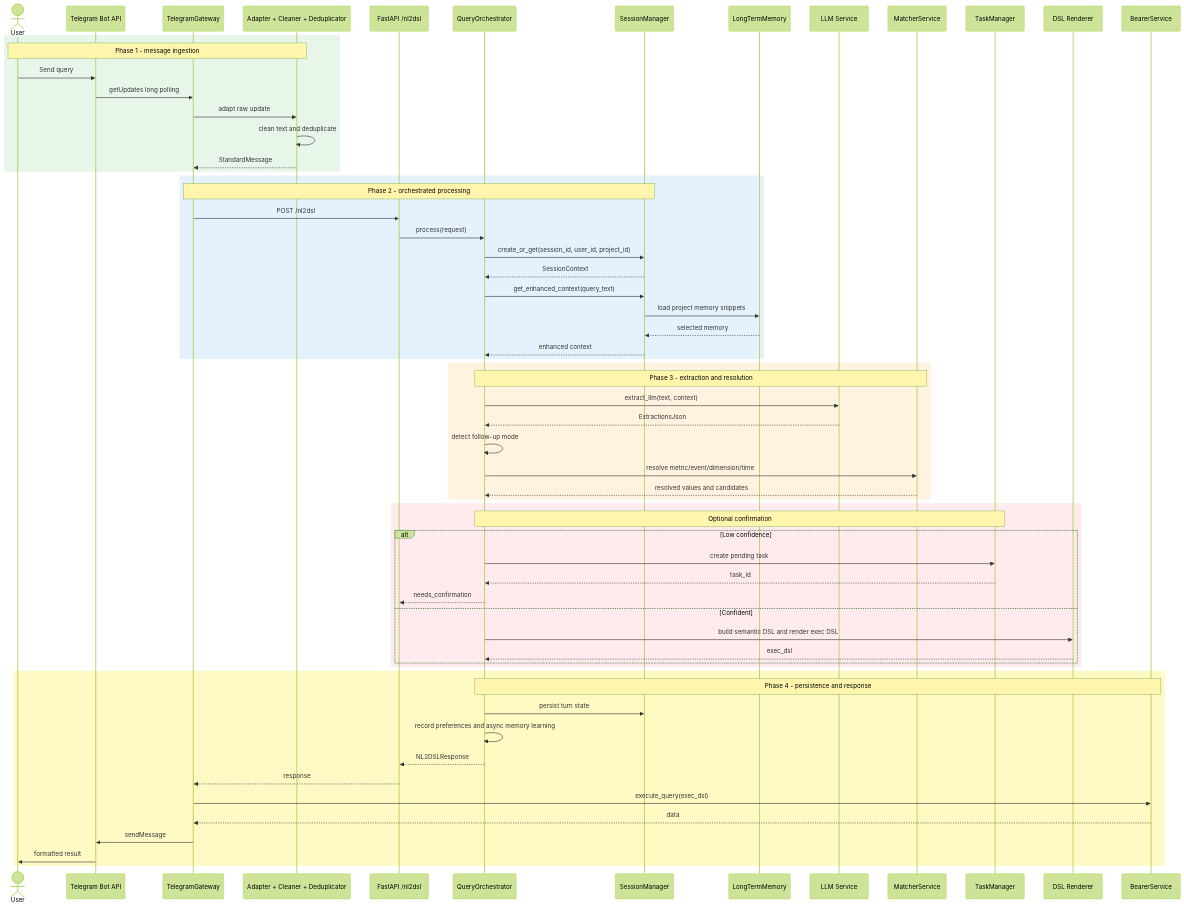
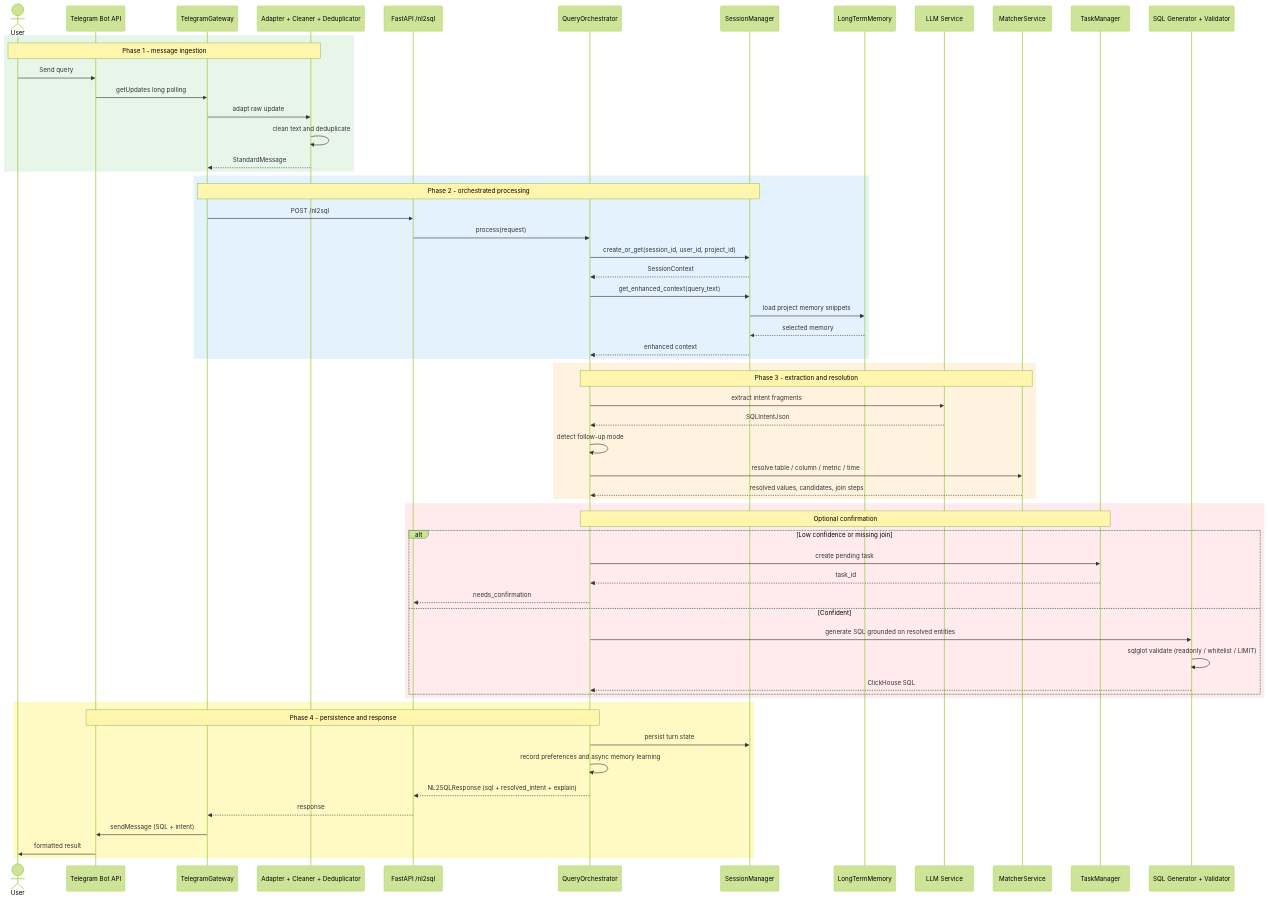
Before and after one commit to frankzh0330/query-agent: the diagram in docs/diagrams/sequence.md, drawn with Mermaid (forest theme). The commit also changed 82 other files, not shown here.

````diff
--- a/docs/diagrams/sequence.md
+++ b/docs/diagrams/sequence.md
@@ -3,70 +3,68 @@
 ```mermaid
 sequenceDiagram
     actor User
     participant TgAPI as Telegram Bot API
     participant TGGw as TelegramGateway
     participant Ingress as Adapter + Cleaner + Deduplicator
-    participant API as FastAPI /nl2dsl
+    participant API as FastAPI /nl2sql
     participant ORC as QueryOrchestrator
     participant Session as SessionManager
     participant Memory as LongTermMemory
     participant LLM as LLM Service
     participant Matcher as MatcherService
     participant Task as TaskManager
-    participant DSL as DSL Renderer
-    participant Bearer as BearerService
+    participant SQLGen as SQL Generator + Validator
 
     rect rgb(232, 245, 233)
     Note over User,Ingress: Phase 1 - message ingestion
     User->>TgAPI: Send query
     TgAPI->>TGGw: getUpdates long polling
     TGGw->>Ingress: adapt raw update
     Ingress->>Ingress: clean text and deduplicate
     Ingress-->>TGGw: StandardMessage
     end
 
     rect rgb(227, 242, 253)
     Note over TGGw,Session: Phase 2 - orchestrated processing
-    TGGw->>API: POST /nl2dsl
+    TGGw->>API: POST /nl2sql
     API->>ORC: process(request)
     ORC->>Session: create_or_get(session_id, user_id, project_id)
     Session-->>ORC: SessionContext
     ORC->>Session: get_enhanced_context(query_text)
     Session->>Memory: load project memory snippets
     Memory-->>Session: selected memory
     Session-->>ORC: enhanced context
     end
 
     rect rgb(255, 243, 224)
     Note over ORC,Matcher: Phase 3 - extraction and resolution
-    ORC->>LLM: extract_llm(text, context)
-    LLM-->>ORC: ExtractionsJson
+    ORC->>LLM: extract intent fragments
+    LLM-->>ORC: SQLIntentJson
     ORC->>ORC: detect follow-up mode
-    ORC->>Matcher: resolve metric/event/dimension/time
-    Matcher-->>ORC: resolved values and candidates
+    ORC->>Matcher: resolve table / column / metric / time
+    Matcher-->>ORC: resolved values, candidates, join steps
     end
 
     rect rgb(255, 235, 238)
     Note over ORC,Task: Optional confirmation
-    alt Low confidence
+    alt Low confidence or missing join
         ORC->>Task: create pending task
         Task-->>ORC: task_id
         ORC-->>API: needs_confirmation
     else Confident
-        ORC->>DSL: build semantic DSL and render exec DSL
-        DSL-->>ORC: exec_dsl
+        ORC->>SQLGen: generate SQL grounded on resolved entities
+        SQLGen->>SQLGen: sqlglot validate (readonly / whitelist / LIMIT)
+        SQLGen-->>ORC: ClickHouse SQL
     end
     end
 
     rect rgb(255, 249, 196)
-    Note over ORC,Bearer: Phase 4 - persistence and response
+    Note over ORC,TgAPI: Phase 4 - persistence and response
     ORC->>Session: persist turn state
     ORC->>ORC: record preferences and async memory learning
-    ORC-->>API: NL2DSLResponse
+    ORC-->>API: NL2SQLResponse (sql + resolved_intent + explain)
     API-->>TGGw: response
-    TGGw->>Bearer: execute_query(exec_dsl)
-    Bearer-->>TGGw: data
-    TGGw->>TgAPI: sendMessage
+    TGGw->>TgAPI: sendMessage (SQL + intent)
     TgAPI->>User: formatted result
     end
 ```
````
